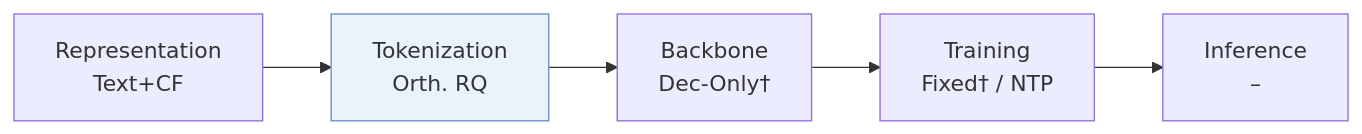
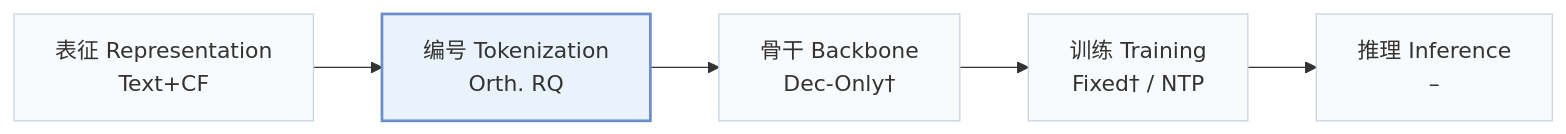
One commit to Galaxy-ghost/Awesome-SID-Generative-Rec changed the first of 2 diagrams in pages/zh/papers/dos.md. Above: the diagram before and after it, drawn with Mermaid. The commit also changed other lines of this file and 649 other files, not shown here.

Commit message:
writer-05: also tags and modality index (schema, check, build, visuals); summary field removed; calibration data for 12 papers

````diff
--- a/pages/zh/papers/dos.md
+++ b/pages/zh/papers/dos.md
@@ -13,6 +15,8 @@
 ```mermaid
 flowchart LR
-    R["Representation<br/>Text+CF"] --> T["Tokenization<br/>Orth. RQ"] --> B["Backbone<br/>Dec-Only†"] --> TR["Training<br/>Fixed† / NTP"] --> I["Inference<br/>–"]
-    classDef main fill:#eaf2fb,stroke:#6b8fc7
+    R["表征 Representation<br/>Text+CF"] --> T["编号 Tokenization<br/>Orth. RQ"] --> B["骨干 Backbone<br/>Dec-Only†"] --> TR["训练 Training<br/>Fixed† / NTP"] --> I["推理 Inference<br/>–"]
+    classDef base fill:#f8fafc,stroke:#cbd5e1
+    class R,T,B,TR,I base
+    classDef main fill:#eaf2fb,stroke:#6b8fc7,stroke-width:2px
     class T main
 ```
````
